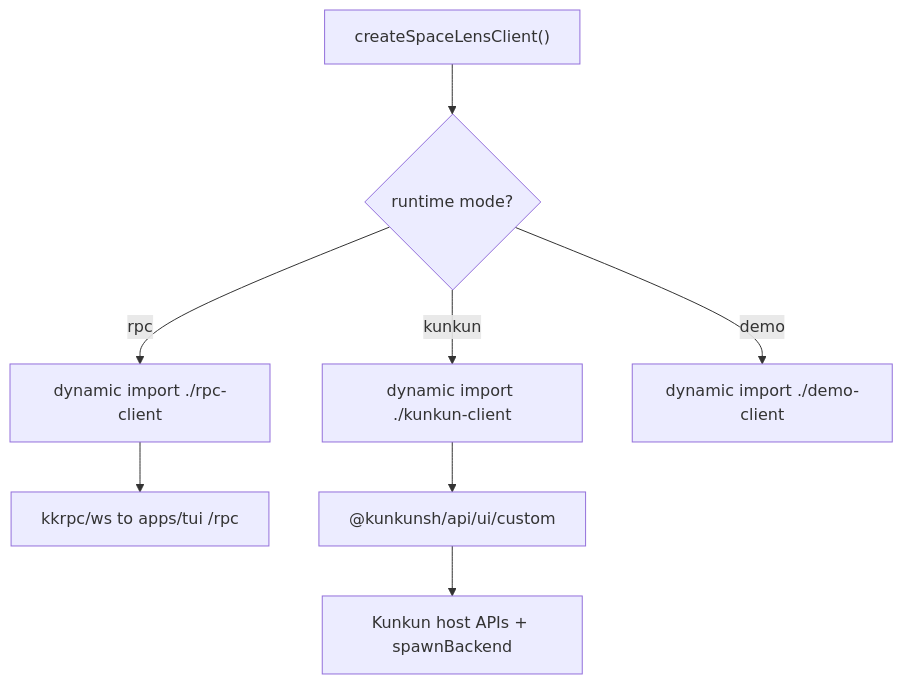
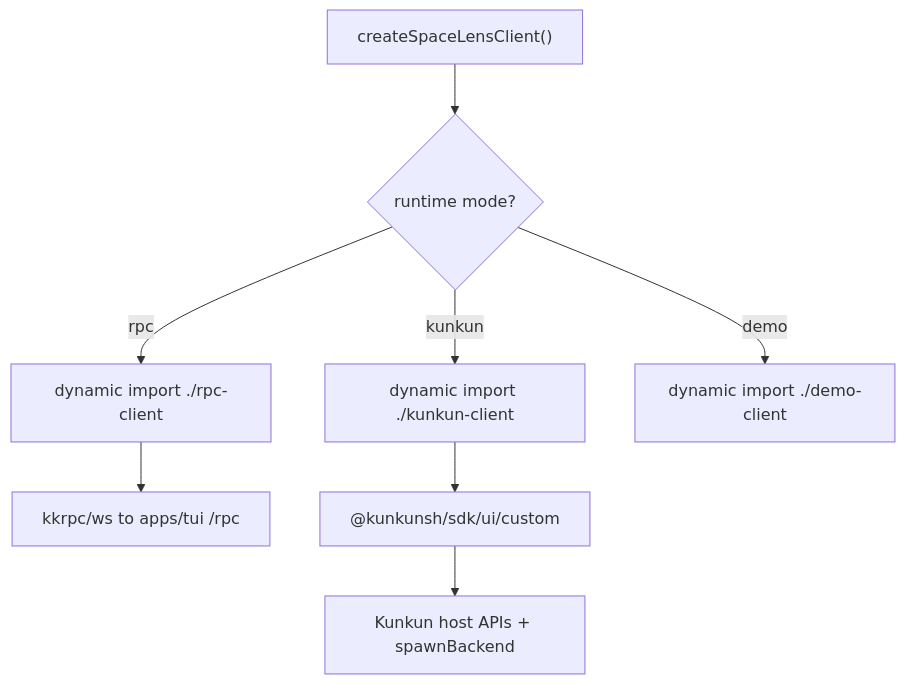
One commit to HuakunShen/space-lens changed the second of 3 diagrams in README.md. Above: the diagram before and after it, drawn with Mermaid. The commit also changed other lines of this file and 11 other files, not shown here.

Commit message:
chore: migrate kunkun imports to sdk

````diff
--- a/README.md
+++ b/README.md
@@ -160,10 +160,10 @@
 ```mermaid
 flowchart TD
   Factory["createSpaceLensClient()"] --> Mode{"runtime mode?"}
   Mode -- "rpc" --> Rpc["dynamic import ./rpc-client"]
   Rpc --> WS["kkrpc/ws to apps/tui /rpc"]
   Mode -- "kunkun" --> Kunkun["dynamic import ./kunkun-client"]
-  Kunkun --> API["@kunkunsh/api/ui/custom"]
+  Kunkun --> API["@kunkunsh/sdk/ui/custom"]
   API --> Host["Kunkun host APIs + spawnBackend"]
   Mode -- "demo" --> Demo["dynamic import ./demo-client"]
 ```
````
